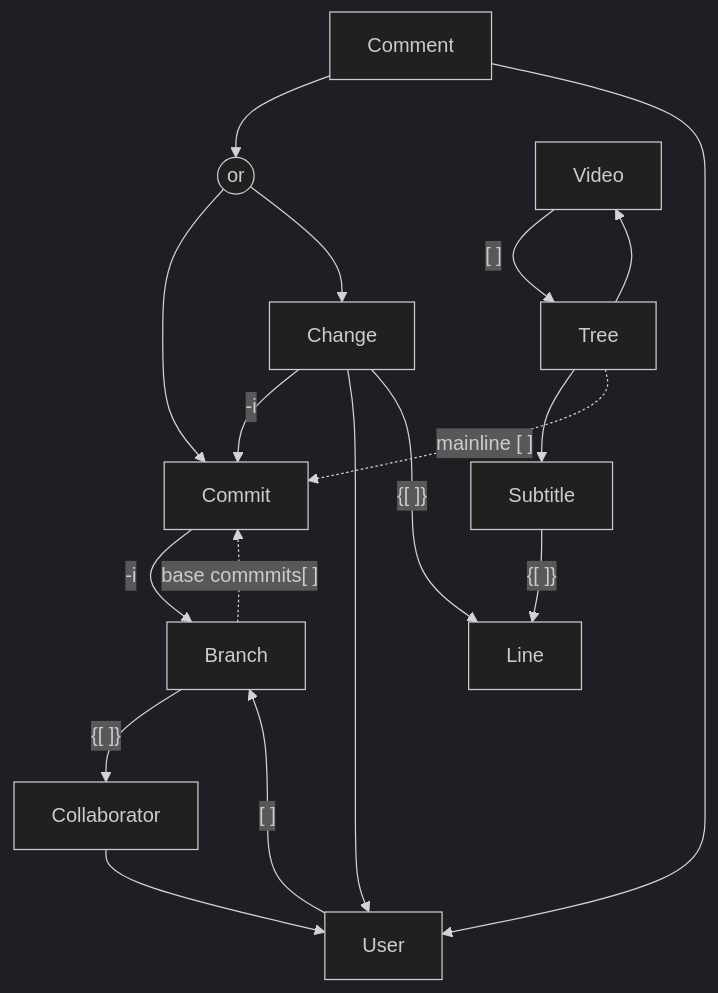
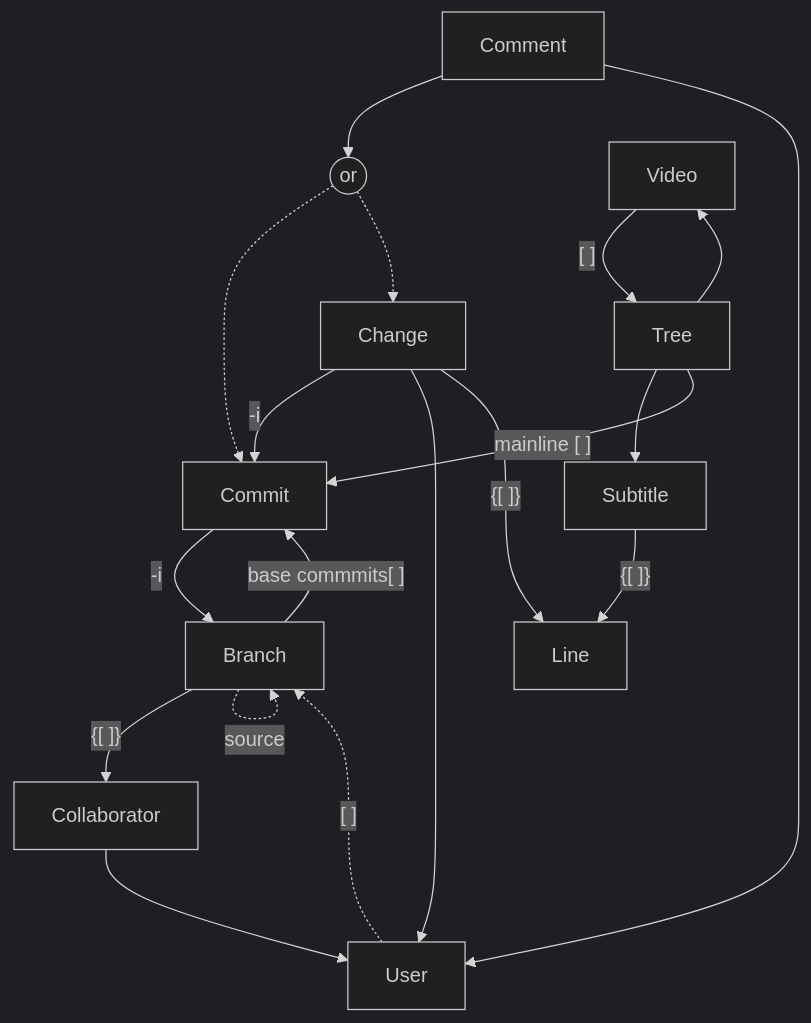
Before and after one commit to linck5/subtitle-editor-back: the second of 2 diagrams in docs/db-relational-model.md, drawn with Mermaid (dark theme). The commit also changed other lines of this file and 6 other files, not shown here.

````diff
--- a/docs/db-relational-model.md
+++ b/docs/db-relational-model.md
@@ -79,32 +79,33 @@
 ```mermaid
 graph TB
 
 Comment --> Or((or))
 Comment --> User
 
-Or --> Commit
-Or --> Change
+Or -.-> Commit
+Or -.-> Change
 
 Video -->|"[ ]"| Tree
 
 Tree --> Video
 Tree --> Subtitle
-Tree -.->|"mainline [ ]"| Commit
+Tree -->|"mainline [ ]"| Commit
 
 Branch -->|"{[ ]}"| Collaborator
-Branch -.->|"base commmits[ ]"| Commit
+Branch -->|"base commmits[ ]"| Commit
+Branch -.->|"source"| Branch
 
 Commit -->|"-i "| Branch
 
 Change -->|"-i"| Commit
 Change --> User
 Change -->|"{[ ]}"| Line
 
-User -->|"[ ]"| Branch
+User -.->|"[ ]"| Branch
 
 Collaborator --> User
 
 Subtitle -->|"{[ ]}"| Line
 
 
 ```
````
